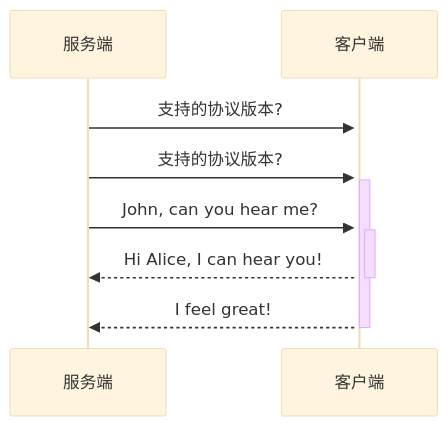
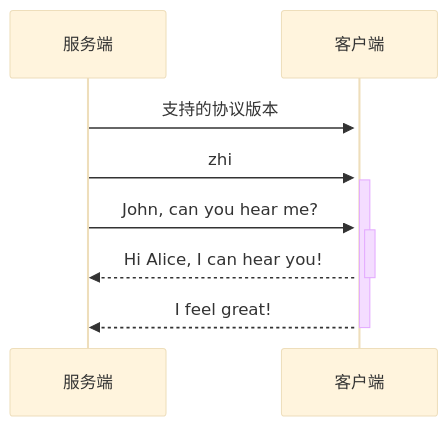
Before and after one commit to HY-10-8/iodraw-files: the diagram in all/未命名-1.md, drawn with Mermaid (base theme).

Commit message:
2026-03-24 09:58:08 update

````diff
--- a/all/未命名-1.md
+++ b/all/未命名-1.md
@@ -1,9 +1,9 @@
 ```mermaid
 sequenceDiagram
-    服务端->>+客户端: 支持的协议版本?
-    服务端->>+客户端: 支持的协议版本?
+    服务端->>+客户端: 支持的协议版本
+    服务端->>+客户端: zhi
     服务端->>+客户端: John, can you hear me?
     客户端-->>-服务端: Hi Alice, I can hear you!
     客户端-->>-服务端: I feel great!
             
 ```
````
